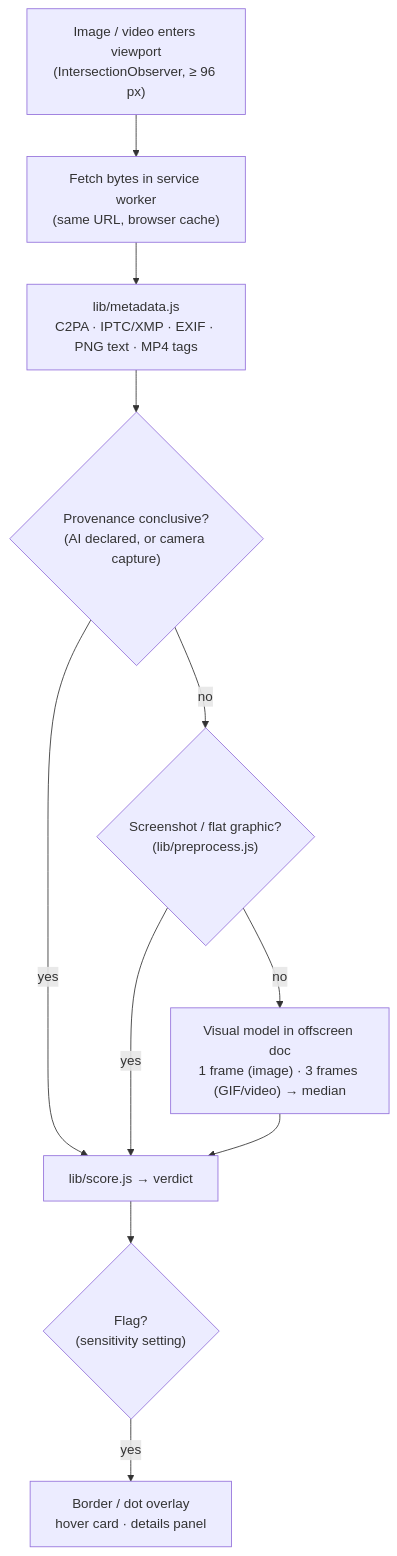
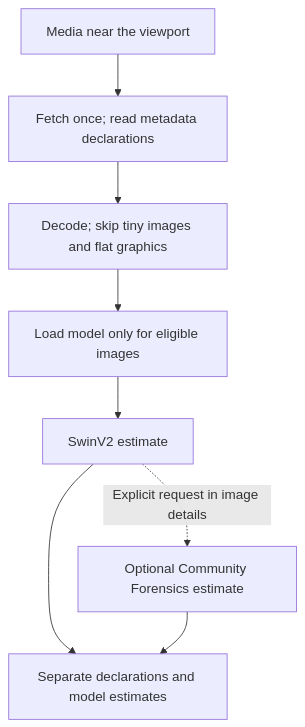
The second of 2 diagrams in docs/ARCHITECTURE.md (hikaku-io/hikaku-extension), drawn with Mermaid before and after one commit. The commit also changed other lines of this file and 33 other files, not shown here.

````diff
--- a/docs/ARCHITECTURE.md
+++ b/docs/ARCHITECTURE.md
@@ -30,13 +30,10 @@
 ```mermaid
 flowchart TD
-  A["Image / video enters viewport<br/>(IntersectionObserver, ≥ 96 px)"] --> B["Fetch bytes in service worker<br/>(same URL, browser cache)"]
-  B --> C["lib/metadata.js<br/>C2PA · IPTC/XMP · EXIF · PNG text · MP4 tags"]
-  C --> D{"Provenance conclusive?<br/>(AI declared, or camera capture)"}
-  D -- yes --> V["lib/score.js → verdict"]
-  D -- no --> E{"Screenshot / flat graphic?<br/>(lib/preprocess.js)"}
-  E -- yes --> V
-  E -- no --> F["Visual model in offscreen doc<br/>1 frame (image) · 3 frames (GIF/video) → median"]
-  F --> V
-  V --> G{"Flag?<br/>(sensitivity setting)"}
-  G -- yes --> H["Border / dot overlay<br/>hover card · details panel"]
+  A["Media near the viewport"] --> B["Fetch once; read metadata declarations"]
+  B --> C["Decode; skip tiny images and flat graphics"]
+  C --> D["Load model only for eligible images"]
+  D --> E["SwinV2 estimate"]
+  E --> F["Separate declarations and model estimates"]
+  E -. "Explicit request in image details" .-> G["Optional Community Forensics estimate"]
+  G --> F
 ```
````
